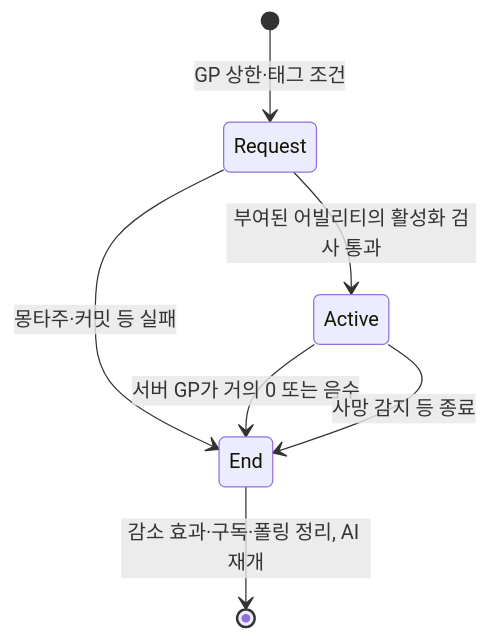
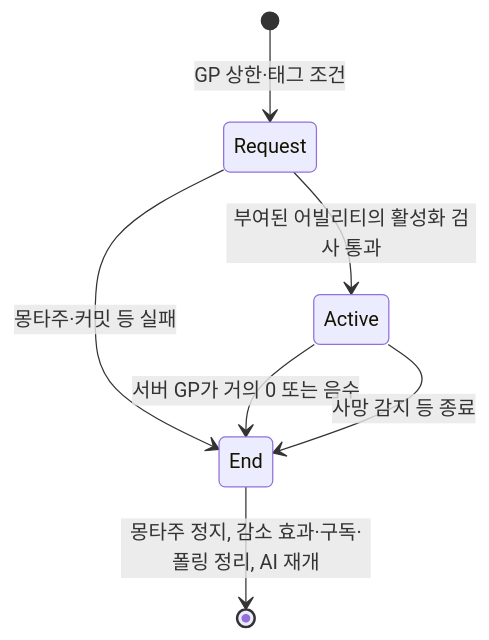
One commit to Woogl/ProjectWx changed the diagram in .wiki/wiki/concepts/combat-groggy.md. Above: the diagram before and after it, drawn with Mermaid. The commit also changed other lines of this file and 5 other files, not shown here.

````diff
--- a/.wiki/wiki/concepts/combat-groggy.md
+++ b/.wiki/wiki/concepts/combat-groggy.md
@@ -29,9 +30,9 @@
 ```mermaid
 stateDiagram-v2
   [*] --> Request: GP 상한·태그 조건
   Request --> Active: 부여된 어빌리티의 활성화 검사 통과
   Request --> End: 몽타주·커밋 등 실패
   Active --> End: 서버 GP가 거의 0 또는 음수
   Active --> End: 사망 감지 등 종료
-  End --> [*]: 감소 효과·구독·폴링 정리, AI 재개
+  End --> [*]: 몽타주 정지, 감소 효과·구독·폴링 정리, AI 재개
 ```
````
